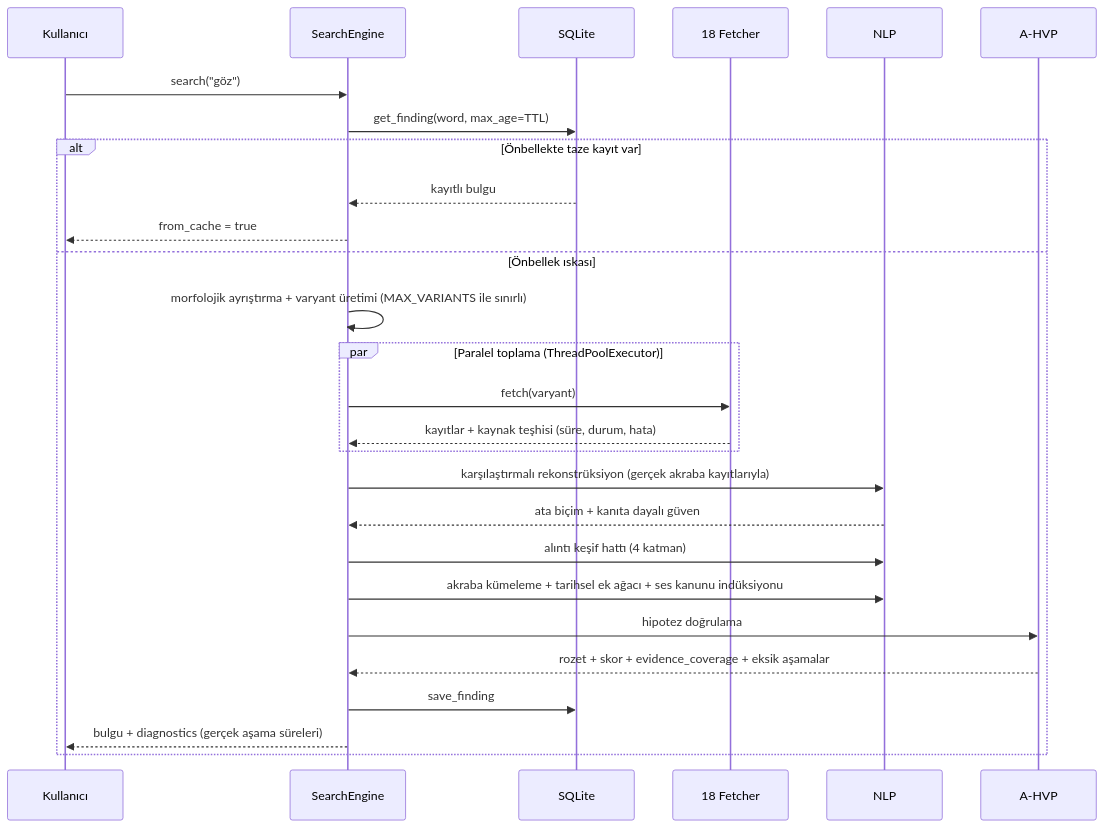
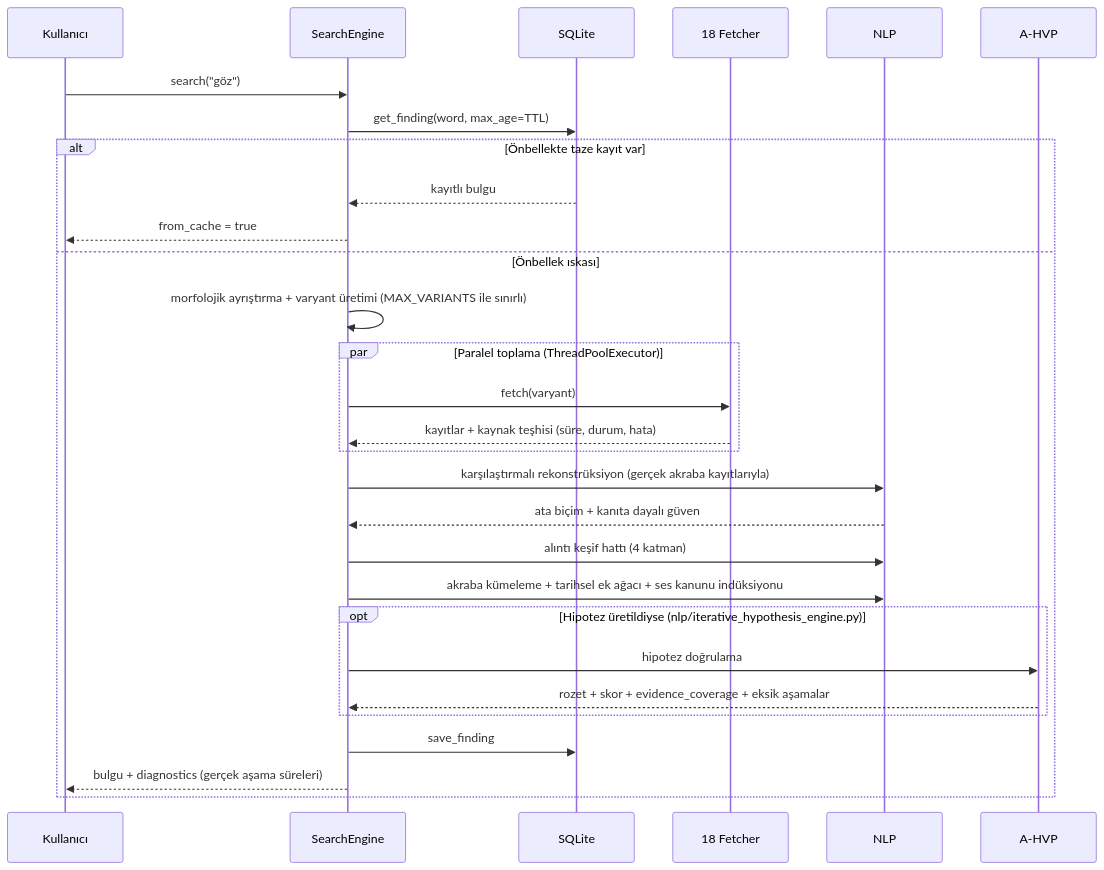
Before and after one commit to musahinist/etimoloji: the second of 3 diagrams in ARCHITECTURE.md, drawn with Mermaid.

Commit message:
docs(architecture): A-HVP yalnız hipotez üretildiğinde, hipotez motoru üzerinden çalışır

````diff
--- a/ARCHITECTURE.md
+++ b/ARCHITECTURE.md
@@ -92,30 +92,32 @@
 ```mermaid
 sequenceDiagram
     participant U as Kullanıcı
     participant SE as SearchEngine
     participant DB as SQLite
     participant F as 18 Fetcher
     participant N as NLP
     participant A as A-HVP
 
     U->>SE: search("göz")
     SE->>DB: get_finding(word, max_age=TTL)
     alt Önbellekte taze kayıt var
         DB-->>SE: kayıtlı bulgu
         SE-->>U: from_cache = true
     else Önbellek ıskası
         SE->>SE: morfolojik ayrıştırma + varyant üretimi (MAX_VARIANTS ile sınırlı)
         par Paralel toplama (ThreadPoolExecutor)
             SE->>F: fetch(varyant)
             F-->>SE: kayıtlar + kaynak teşhisi (süre, durum, hata)
         end
         SE->>N: karşılaştırmalı rekonstrüksiyon (gerçek akraba kayıtlarıyla)
         N-->>SE: ata biçim + kanıta dayalı güven
         SE->>N: alıntı keşif hattı (4 katman)
         SE->>N: akraba kümeleme + tarihsel ek ağacı + ses kanunu indüksiyonu
-        SE->>A: hipotez doğrulama
-        A-->>SE: rozet + skor + evidence_coverage + eksik aşamalar
+        opt Hipotez üretildiyse (nlp/iterative_hypothesis_engine.py)
+            SE->>A: hipotez doğrulama
+            A-->>SE: rozet + skor + evidence_coverage + eksik aşamalar
+        end
         SE->>DB: save_finding
         SE-->>U: bulgu + diagnostics (gerçek aşama süreleri)
     end
 ```
````
